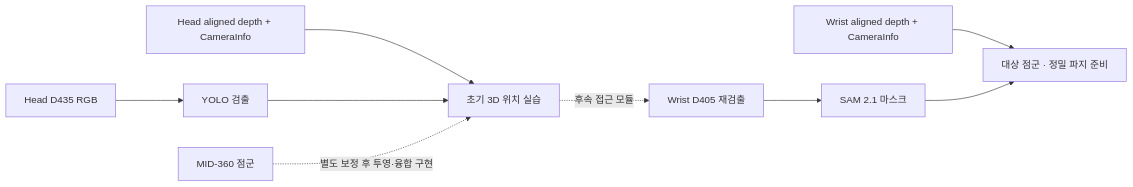
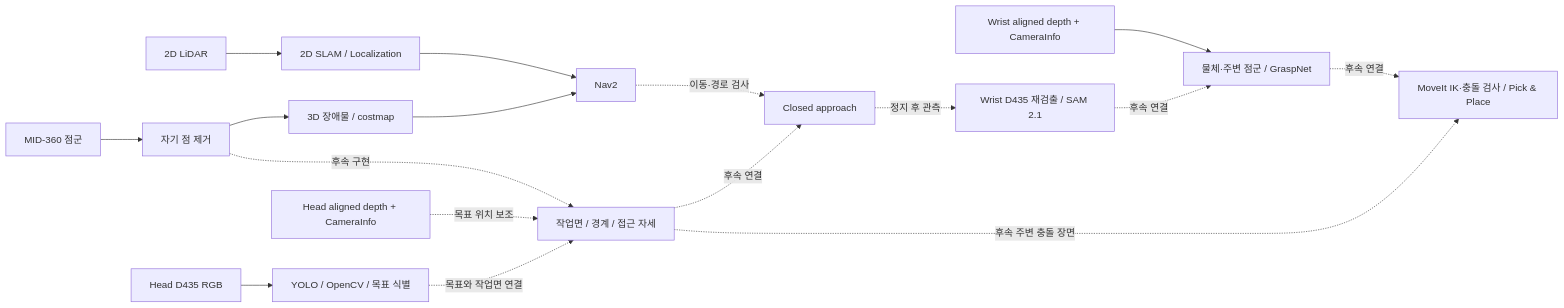
Before and after one commit to kimsh039/INHA-RoboCup-Home-2th-2027: the diagram in README.md, drawn with Mermaid. The commit also changed other lines of this file and 50 other files, not shown here.

First line of the commit message:
feat(detection): add ROS head tracking pipeline and detection-to-Nav2 test

````diff
--- a/README.md
+++ b/README.md
@@ -255,11 +262,19 @@
 ```mermaid
 flowchart LR
-    H["Head D435 RGB"] --> Y["YOLO 검출"]
-    D["Head aligned depth + CameraInfo"] --> P["초기 3D 위치 실습"]
-    Y --> P
-    P -. "후속 접근 모듈" .-> W["Wrist D405 재검출"]
-    W --> S["SAM 2.1 마스크"]
-    WD["Wrist aligned depth + CameraInfo"] --> G["대상 점군 · 정밀 파지 준비"]
-    S --> G
-    L["MID-360 점군"] -. "별도 보정 후 투영·융합 구현" .-> P
+    SCAN["2D LiDAR"] --> LOC["2D SLAM / Localization"]
+    LOC --> NAV["Nav2"]
+    L["MID-360 점군"] --> FILTER["자기 점 제거"]
+    FILTER --> OBS["3D 장애물 / costmap"]
+    OBS --> NAV
+    FILTER -. "후속 구현" .-> SURFACE["작업면 / 경계 / 접근 자세"]
+    H["Head D435 RGB"] --> Y["YOLO / OpenCV / 목표 식별"]
+    D["Head aligned depth + CameraInfo"] -. "목표 위치 보조" .-> SURFACE
+    Y -. "목표와 작업면 연결" .-> SURFACE
+    NAV -. "이동·경로 검사" .-> A["Closed approach"]
+    SURFACE -. "후속 연결" .-> A
+    A -. "정지 후 관측" .-> W["Wrist D435 재검출 / SAM 2.1"]
+    WD["Wrist aligned depth + CameraInfo"] --> G["물체·주변 점군 / GraspNet"]
+    W -. "후속 연결" .-> G
+    G -. "후속 연결" .-> M["MoveIt IK·충돌 검사 / Pick & Place"]
+    SURFACE -. "후속 주변 충돌 장면" .-> M
 ```
````
